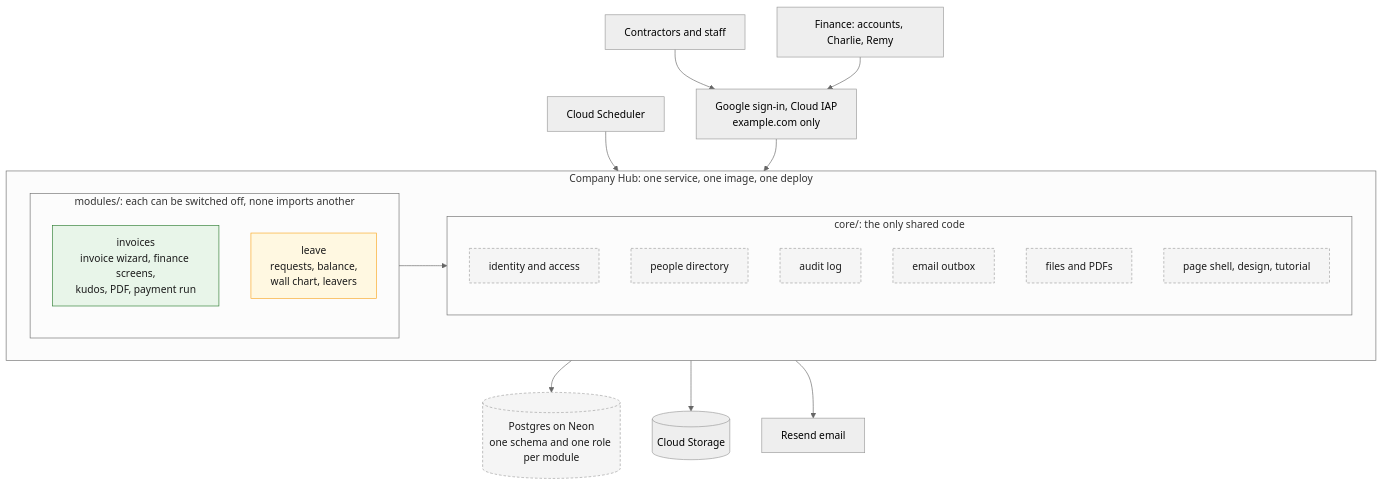
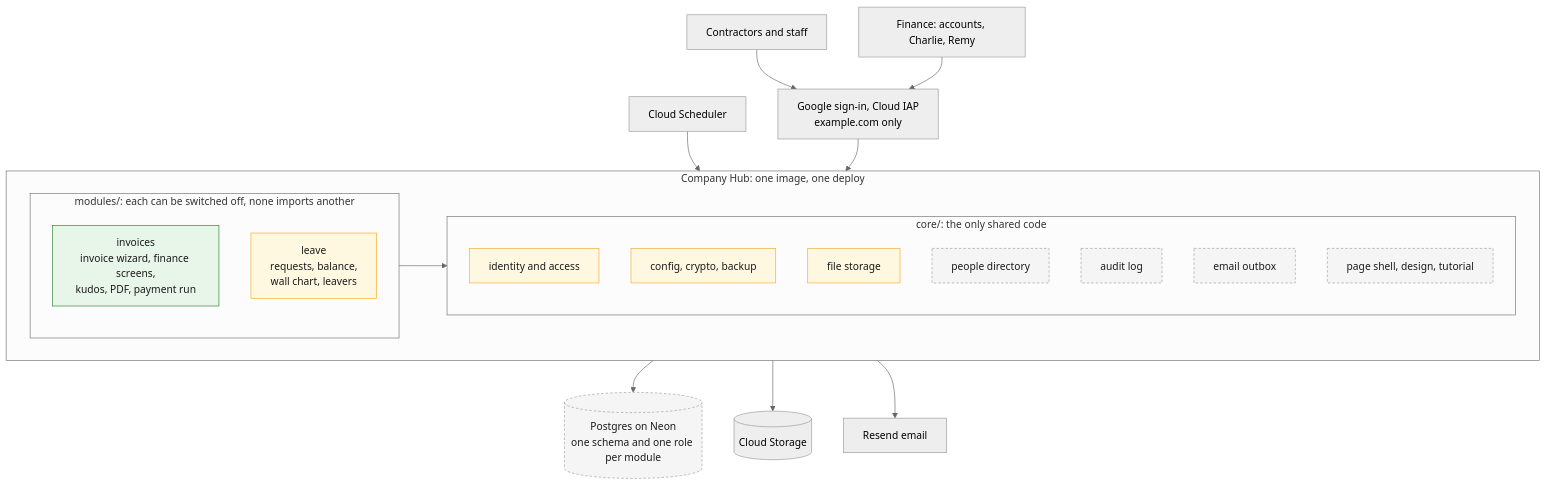
One commit to Lucasamorales/contractor-invoice-portal changed the first of 2 diagrams in docs/decisions/0001-modular-hub.md. Above: the diagram before and after it, drawn with Mermaid (neutral theme). The commit also changed other lines of this file and 6 other files, not shown here.

````diff
--- a/docs/decisions/0001-modular-hub.md
+++ b/docs/decisions/0001-modular-hub.md
@@ -36,34 +39,35 @@
 ```mermaid
 flowchart TB
     people["Contractors and staff"] --> iap
     finance["Finance: accounts, Charlie, Remy"] --> iap
     sched["Cloud Scheduler"] --> hub
     iap["Google sign-in, Cloud IAP<br/>example.com only"] --> hub
 
-    subgraph hub["Company Hub: one service, one image, one deploy"]
+    subgraph hub["Company Hub: one image, one deploy"]
         subgraph mods["modules/: each can be switched off, none imports another"]
             invoices["invoices<br/>invoice wizard, finance screens,<br/>kudos, PDF, payment run"]
             leave["leave<br/>requests, balance,<br/>wall chart, leavers"]
         end
         subgraph shared["core/: the only shared code"]
             ident["identity and access"]
+            cfgs["config, crypto, backup"]
+            files["file storage"]
             ppl["people directory"]
             aud["audit log"]
             mailo["email outbox"]
-            files["files and PDFs"]
             shell["page shell, design, tutorial"]
         end
         mods --> shared
     end
 
     hub --> db[("Postgres on Neon<br/>one schema and one role per module")]
     hub --> gcs[("Cloud Storage")]
     hub --> resend["Resend email"]
 
     classDef live fill:#e8f5e9,stroke:#2e7d32,color:#1b1b1b
-    classDef drafted fill:#fff8e1,stroke:#f9a825,color:#1b1b1b
+    classDef branch fill:#fff8e1,stroke:#f9a825,color:#1b1b1b
     classDef planned fill:#f5f5f5,stroke:#9e9e9e,stroke-dasharray: 4 3,color:#1b1b1b
     class invoices live
-    class leave drafted
-    class ident,ppl,aud,mailo,files,shell,db planned
+    class leave,ident,cfgs,files branch
+    class ppl,aud,mailo,shell,db planned
 ```
````
